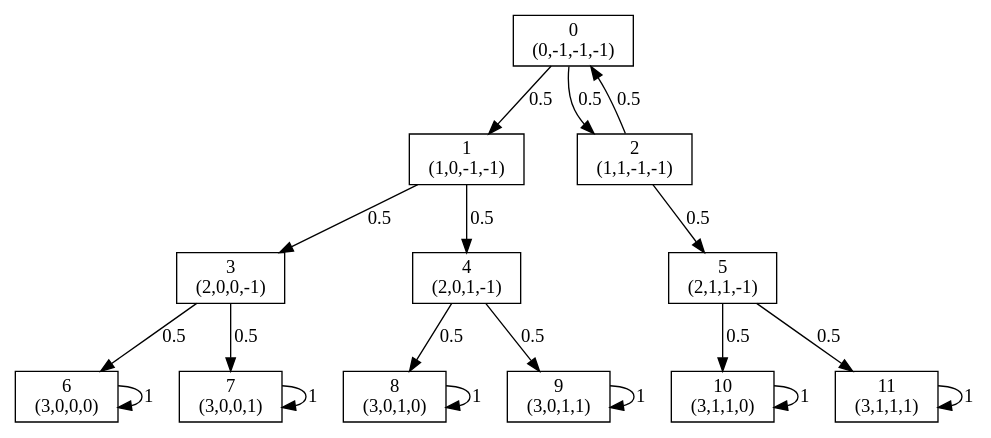
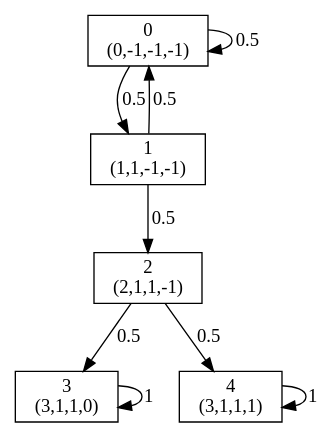
The diagram in dtmc.dot (1vanan/prism-api), drawn with Graphviz before and after one commit. The commit also changed 1 other file, not shown here.

```diff
--- a/dtmc.dot
+++ b/dtmc.dot
@@ -1,33 +1,16 @@
 digraph P {
 node [shape=box];
+0 -> 0 [ label="0.5" ];
 0 -> 1 [ label="0.5" ];
-0 -> 2 [ label="0.5" ];
-1 -> 3 [ label="0.5" ];
-1 -> 4 [ label="0.5" ];
-2 -> 0 [ label="0.5" ];
-2 -> 5 [ label="0.5" ];
-3 -> 6 [ label="0.5" ];
-3 -> 7 [ label="0.5" ];
-4 -> 8 [ label="0.5" ];
-4 -> 9 [ label="0.5" ];
-5 -> 10 [ label="0.5" ];
-5 -> 11 [ label="0.5" ];
-6 -> 6 [ label="1" ];
-7 -> 7 [ label="1" ];
-8 -> 8 [ label="1" ];
-9 -> 9 [ label="1" ];
-10 -> 10 [ label="1" ];
-11 -> 11 [ label="1" ];
+1 -> 0 [ label="0.5" ];
+1 -> 2 [ label="0.5" ];
+2 -> 3 [ label="0.5" ];
+2 -> 4 [ label="0.5" ];
+3 -> 3 [ label="1" ];
+4 -> 4 [ label="1" ];
 0 [label="0\n(0,-1,-1,-1)"];
-1 [label="1\n(1,0,-1,-1)"];
-2 [label="2\n(1,1,-1,-1)"];
-3 [label="3\n(2,0,0,-1)"];
-4 [label="4\n(2,0,1,-1)"];
-5 [label="5\n(2,1,1,-1)"];
-6 [label="6\n(3,0,0,0)"];
-7 [label="7\n(3,0,0,1)"];
-8 [label="8\n(3,0,1,0)"];
-9 [label="9\n(3,0,1,1)"];
-10 [label="10\n(3,1,1,0)"];
-11 [label="11\n(3,1,1,1)"];
+1 [label="1\n(1,1,-1,-1)"];
+2 [label="2\n(2,1,1,-1)"];
+3 [label="3\n(3,1,1,0)"];
+4 [label="4\n(3,1,1,1)"];
 }
```
